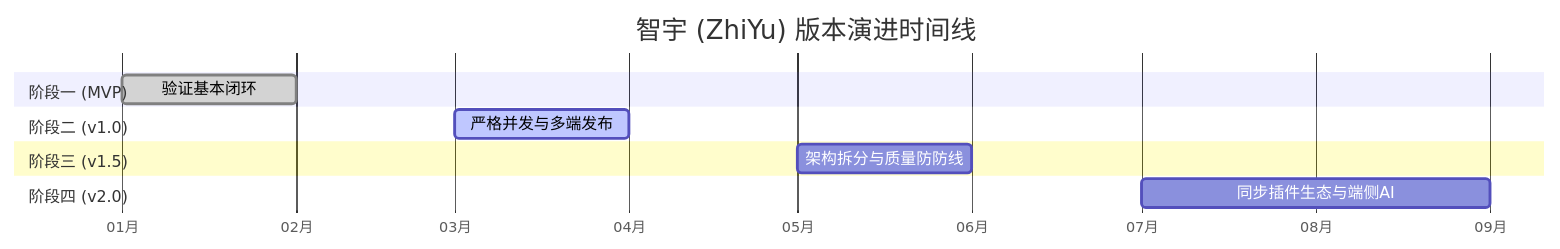
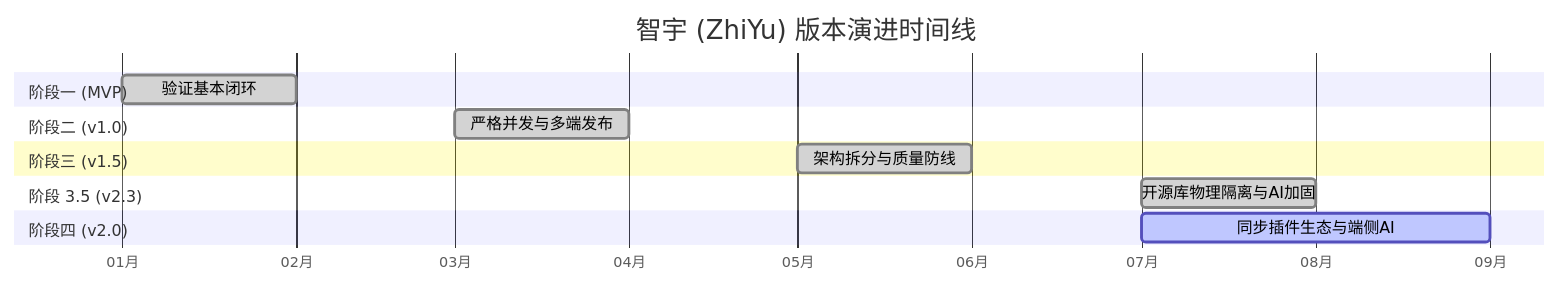
Before and after one commit to wangchong2023/ZhiYu: the diagram in Docs/Requirements/ROADMAP.md, drawn with Mermaid. The commit also changed other lines of this file and 36 other files, not shown here.

First line of the commit message:
docs: 文档工程化审查 — 修复过时引用、填充骨架、补充图示、归档历史

````diff
--- a/Docs/Requirements/ROADMAP.md
+++ b/Docs/Requirements/ROADMAP.md
@@ -7,14 +7,16 @@
 ```mermaid
 gantt
     title 智宇 (ZhiYu) 版本演进时间线
     dateFormat  YYYY-MM
     axisFormat  %m月
     section 阶段一 (MVP)
     验证基本闭环           :done, a1, 2026-01, 2026-02
     section 阶段二 (v1.0)
-    严格并发与多端发布      :active, a2, 2026-03, 2026-04
+    严格并发与多端发布      :done, a2, 2026-03, 2026-04
     section 阶段三 (v1.5)
-    架构拆分与质量防防线    :a3, 2026-05, 2026-06
+    架构拆分与质量防线      :done, a3, 2026-05, 2026-06
+    section 阶段 3.5 (v2.3)
+    开源库物理隔离与AI加固  :done, a35, 2026-07, 2026-08
     section 阶段四 (v2.0)
-    同步插件生态与端侧AI     :a4, 2026-07, 2026-09
+    同步插件生态与端侧AI     :active, a4, 2026-07, 2026-09
 ```
````
